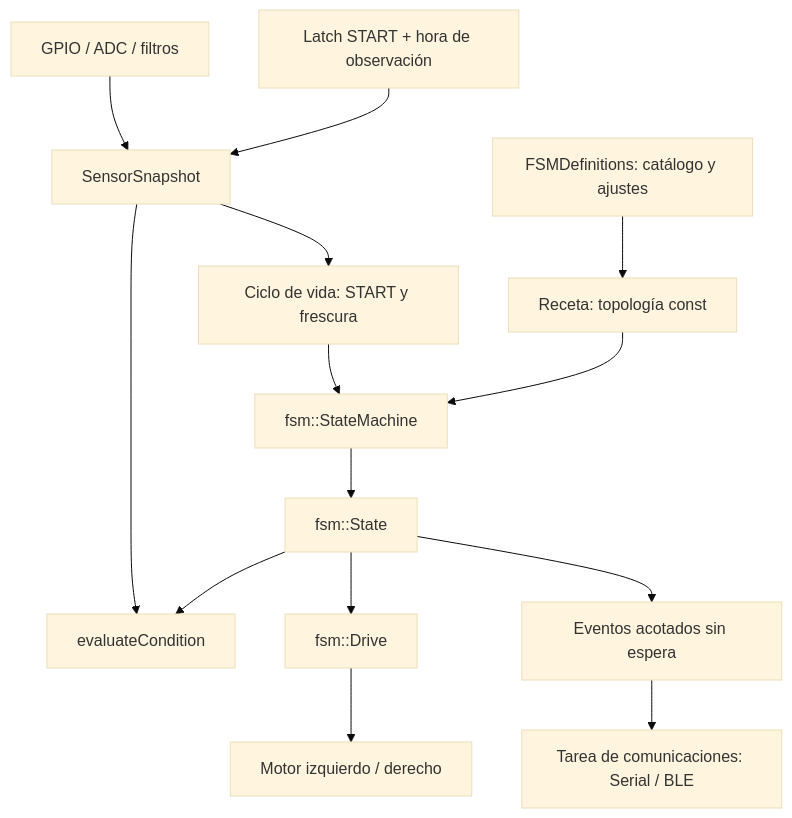
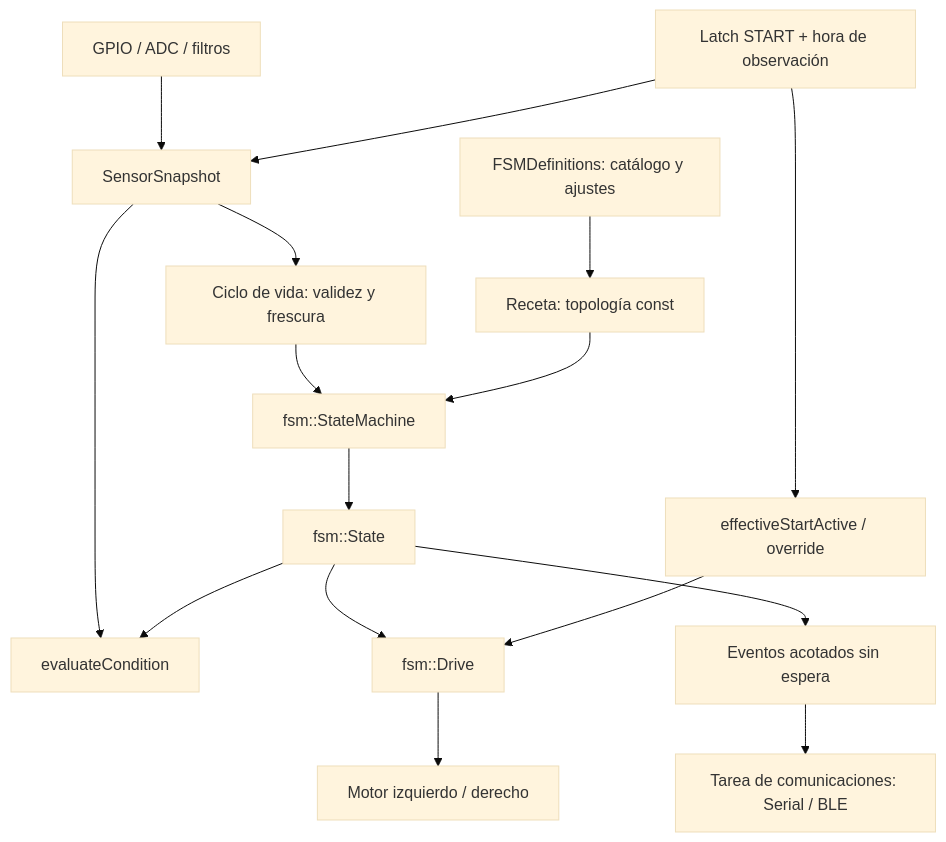
The first of 2 diagrams in Mbaretech2/docs/firmware.md (Feraqc/Mbaretech-firmware), drawn with Mermaid (base theme) before and after one commit. The commit also changed other lines of this file and 89 other files, not shown here.

````diff
--- a/Mbaretech2/docs/firmware.md
+++ b/Mbaretech2/docs/firmware.md
@@ -48,16 +158,18 @@
 ```mermaid
 flowchart TD
     HW[GPIO / ADC / filtros] --> SNAP[SensorSnapshot]
     START[Latch START + hora de observación] --> SNAP
-    SNAP --> TASK[Ciclo de vida: START y frescura]
+    SNAP --> TASK[Ciclo de vida: validez y frescura]
     TASK --> MACHINE[fsm::StateMachine]
     MACHINE --> STATE[fsm::State]
     SNAP --> CONDITION[evaluateCondition]
     STATE --> CONDITION
     RECIPE[Receta: topología const] --> MACHINE
     DEFINITIONS[FSMDefinitions: catálogo y ajustes] --> RECIPE
     STATE --> DRIVE[fsm::Drive]
+    START --> PERMISSION[effectiveStartActive / override]
+    PERMISSION --> DRIVE
     DRIVE --> MOTORS[Motor izquierdo / derecho]
     STATE --> QUEUE[Eventos acotados sin espera]
     QUEUE --> LOG[Tarea de comunicaciones: Serial / BLE]
 ```
````
